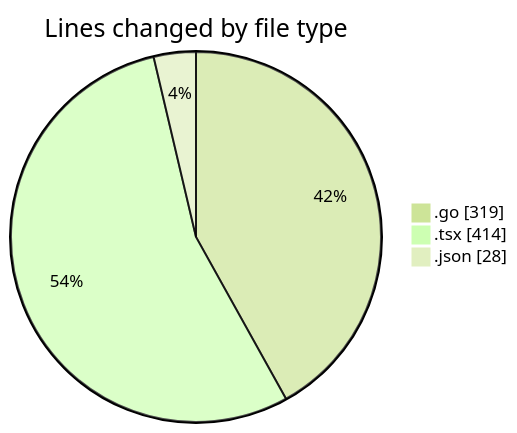
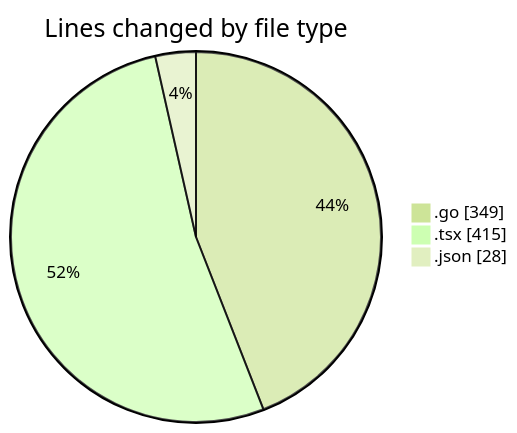
The first of 2 diagrams in 2025-03-03/termonied_testador/README.md (robertbonfada/code-tracking), drawn with Mermaid (forest theme) before and after one commit. The commit also changed other lines of this file and 1 other file, not shown here.

````diff
--- a/2025-03-03/termonied_testador/README.md
+++ b/2025-03-03/termonied_testador/README.md
@@ -23,7 +23,7 @@
 ```mermaid
 pie showData
 title Lines changed by file type
-".go" : 319
-".tsx" : 414
+".go" : 349
+".tsx" : 415
 ".json" : 28
 ```
````
